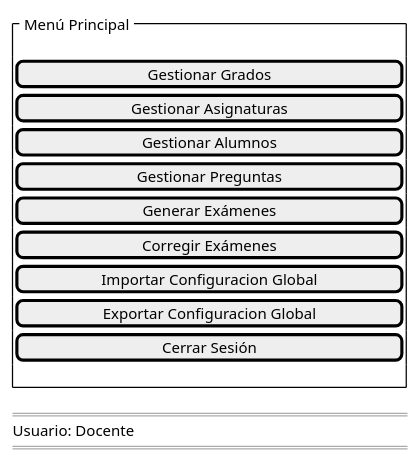
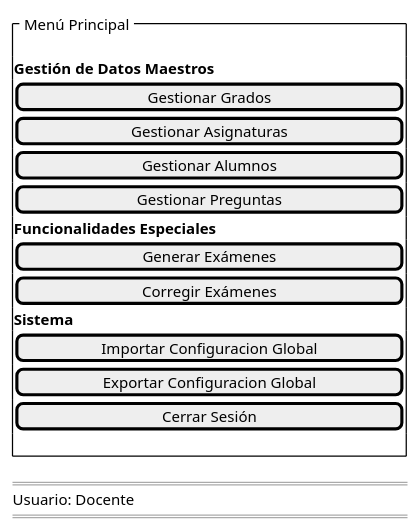
Before and after one commit to martinlopez7/25-26-IdSw1-SdR: the diagram in documents/casos-de-uso/prototipadoCasosDeUso/completarGestion/completarGestionDocente.puml, drawn with PlantUML. The commit also changed 9 other files, not shown here.

```diff
--- a/documents/casos-de-uso/prototipadoCasosDeUso/completarGestion/completarGestionDocente.puml
+++ b/documents/casos-de-uso/prototipadoCasosDeUso/completarGestion/completarGestionDocente.puml
@@ -1,20 +1,23 @@
 @startsalt
 {
     {^" Menú Principal "
         .
+        **Gestión de Datos Maestros**
         [Gestionar Grados                      ]
         [Gestionar Asignaturas                 ]
         [Gestionar Alumnos                     ]
         [Gestionar Preguntas                   ]
+        **Funcionalidades Especiales**
         [Generar Exámenes                      ]
         [Corregir Exámenes                     ]
+        **Sistema**
         [Importar Configuracion Global         ]
         [Exportar Configuracion Global         ]
         [Cerrar Sesión                         ]
         .
     }
     ====
     Usuario: Docente
     ====
 }
 @endsalt
```
